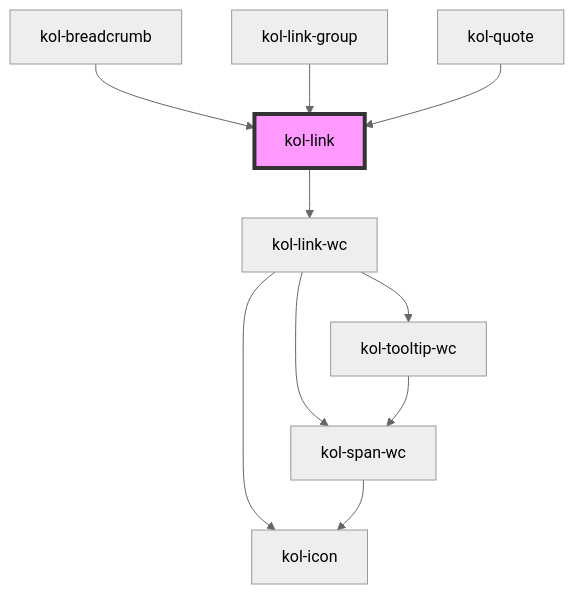
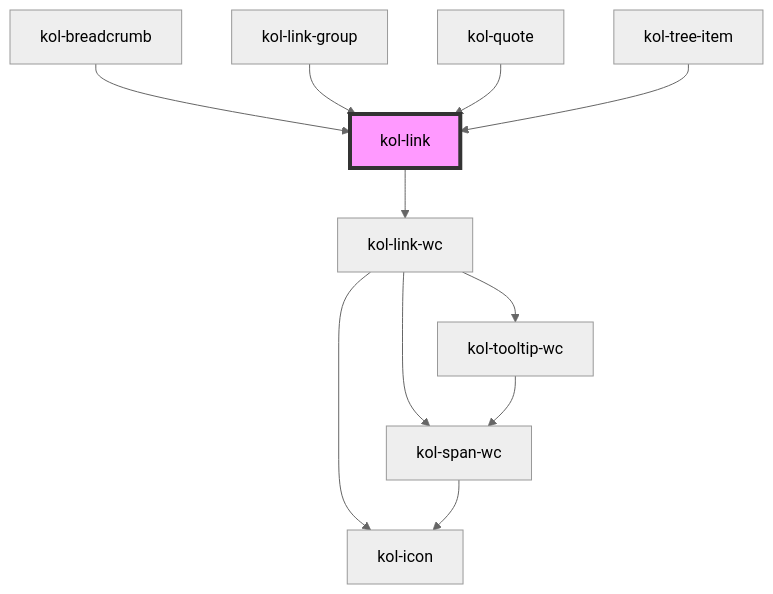
Before and after one commit to public-ui/kolibri: the diagram in packages/components/src/components/link/readme.md, drawn with Mermaid (neutral theme). The commit also changed other lines of this file and 10 other files, not shown here.

````diff
--- a/packages/components/src/components/link/readme.md
+++ b/packages/components/src/components/link/readme.md
@@ -99,13 +100,14 @@
 ```mermaid
 graph TD;
   kol-link --> kol-link-wc
   kol-link-wc --> kol-span-wc
   kol-link-wc --> kol-icon
   kol-link-wc --> kol-tooltip-wc
   kol-span-wc --> kol-icon
   kol-tooltip-wc --> kol-span-wc
   kol-breadcrumb --> kol-link
   kol-link-group --> kol-link
   kol-quote --> kol-link
+  kol-tree-item --> kol-link
   style kol-link fill:#f9f,stroke:#333,stroke-width:4px
 ```
````
